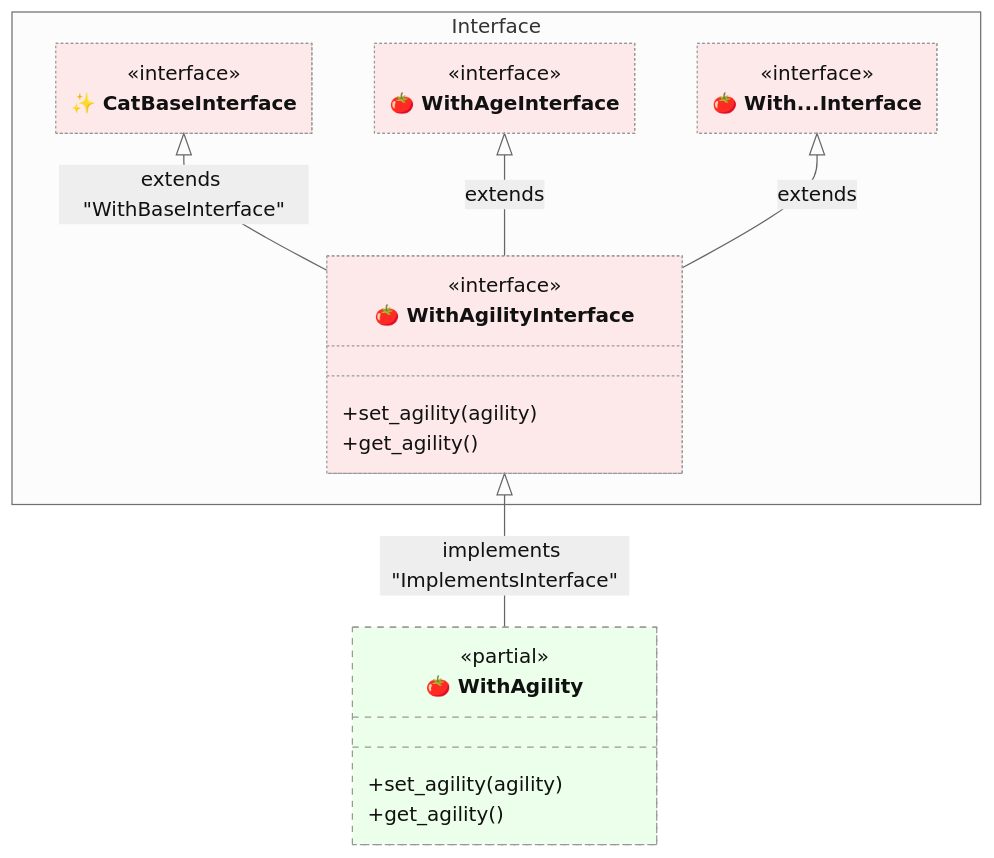
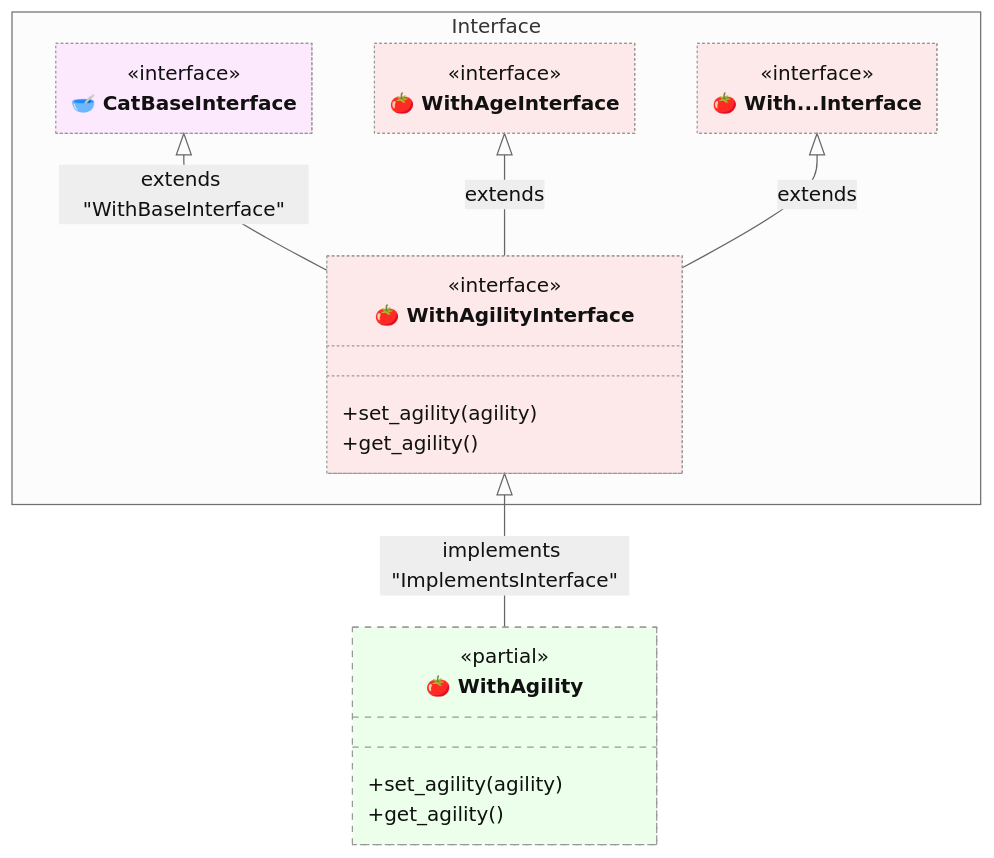
The ninth of 12 diagrams in tests/spec-001--class-composition-with-partial-classes.md (thecodecrate/python-pipeline), drawn with Mermaid (neutral theme) before and after one commit. The commit also changed other lines of this file, not shown here.

````diff
--- a/tests/spec-001--class-composition-with-partial-classes.md
+++ b/tests/spec-001--class-composition-with-partial-classes.md
@@ -456,52 +469,53 @@
 ```mermaid
 ---
 config:
     class:
         hideEmptyMembersBox: true
 ---
 classDiagram
     namespace Interface {
-        class Interface1["✨ CatBaseInterface"] {
+        class InterfaceBase_["🥣 CatBaseInterface"] {
             <<interface>>
         }
 
         class Interface2["🍅 WithAgeInterface"] {
             <<interface>>
         }
 
         class Interface3["🍅 With...Interface"] {
             <<interface>>
         }
 
         class Interface4["🍅 WithAgilityInterface"] {
             <<interface>>
             +set_agility(agility)
             +get_agility()
         }
     }
 
     class Partial1_["🍅 WithAgility"] {
         <<partial>>
         +set_agility(agility)
         +get_agility()
     }
 
     %% Relationships
-    Interface1 <|-- Interface4 : extends "WithBaseInterface"
+    InterfaceBase_ <|-- Interface4 : extends "WithBaseInterface"
     Interface2 <|-- Interface4 : extends
     Interface3 <|-- Interface4 : extends
     Interface4 <|-- Partial1_ : implements "ImplementsInterface"
 
     %% Apply Styles
-    style Base_ fill:#ffff6020, stroke-dasharray: 5 5
+    style Base_ fill:#6060ff20, stroke-dasharray: 5 5
     style Composed_ bugfix:#111, stroke-width:2px, font-weight: bold
     style External1 bugfix:#111, stroke-width:2px, font-weight: bold
     style Partial1_ fill:#60ff6020, stroke-dasharray: 5 5
     style Partial2_ fill:#60ff6020, stroke-dasharray: 5 5
     style Partial3_ fill:#60ff6020, stroke-dasharray: 5 5
     style Partial4_ fill:#60ff6020, stroke-dasharray: 5 5
+    style InterfaceBase_ fill:#ff60ff20, stroke-dasharray: 2 2
     style Interface1 fill:#ff606020, stroke-dasharray: 2 2
     style Interface2 fill:#ff606020, stroke-dasharray: 2 2
     style Interface3 fill:#ff606020, stroke-dasharray: 2 2
     style Interface4 fill:#ff606020, stroke-dasharray: 2 2
 ```
````
